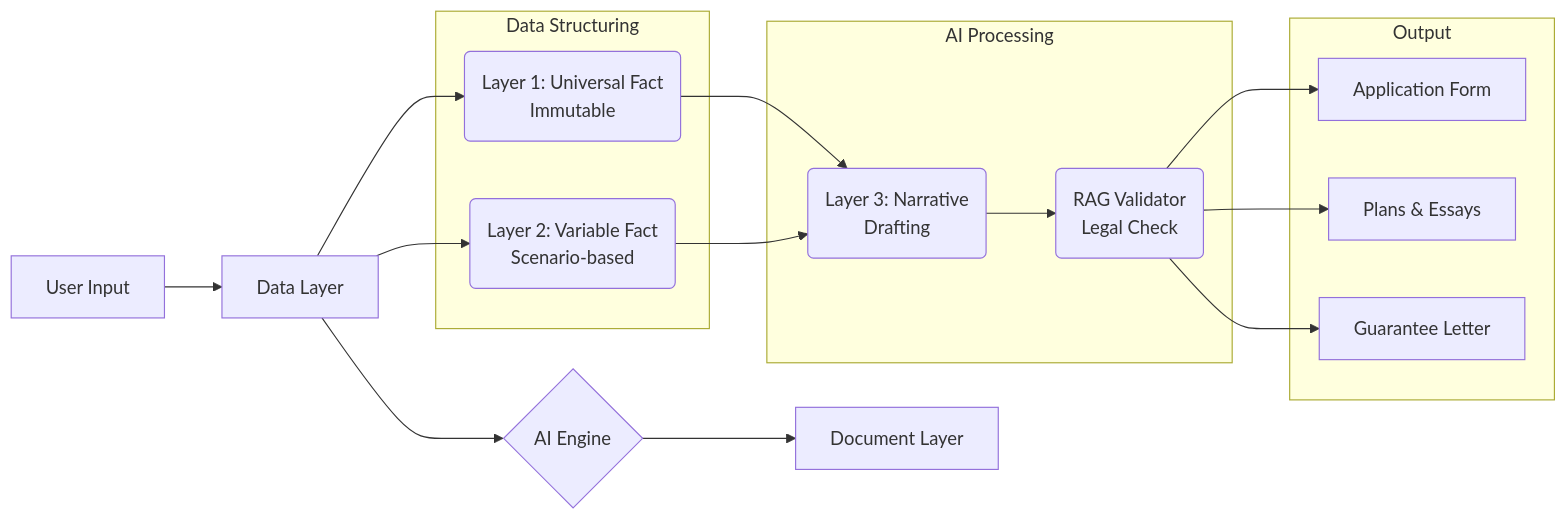
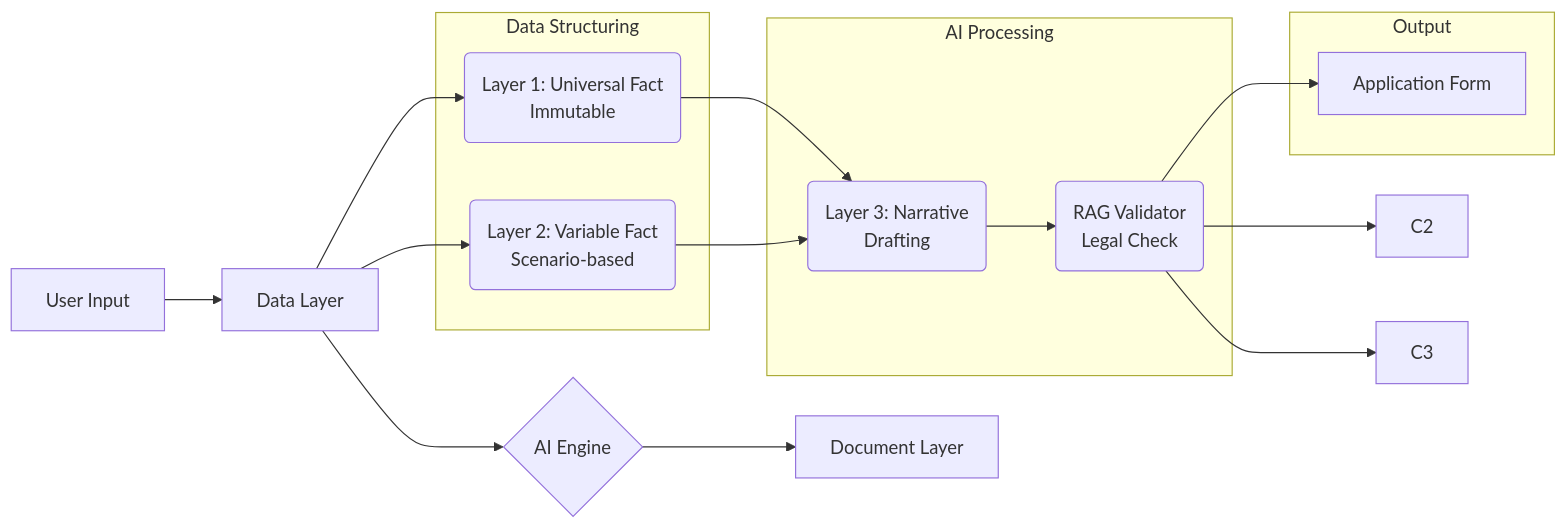
One commit to korea-stay/.github changed the diagram in profile/README.md. Above: the diagram before and after it, drawn with Mermaid.

````diff
--- a/profile/README.md
+++ b/profile/README.md
@@ -43,29 +43,27 @@
 ```mermaid
 graph LR
     User[User Input] --> A[Data Layer]
     A --> B{AI Engine}
     B --> C[Document Layer]
 
     subgraph "Data Structuring"
         A1(Layer 1: Universal Fact<br/>Immutable)
         A2(Layer 2: Variable Fact<br/>Scenario-based)
     end
     
     subgraph "AI Processing"
         B1(Layer 3: Narrative<br/>Drafting)
         B2(RAG Validator<br/>Legal Check)
     end
 
     subgraph "Output"
         C1[Application Form]
-        C2[Plans & Essays]
-        C3[Guarantee Letter]
     end
 
     A --> A1 & A2
     A1 & A2 --> B1
     B1 --> B2
     B2 --> C1
     B2 --> C2
     B2 --> C3
 ```
````
